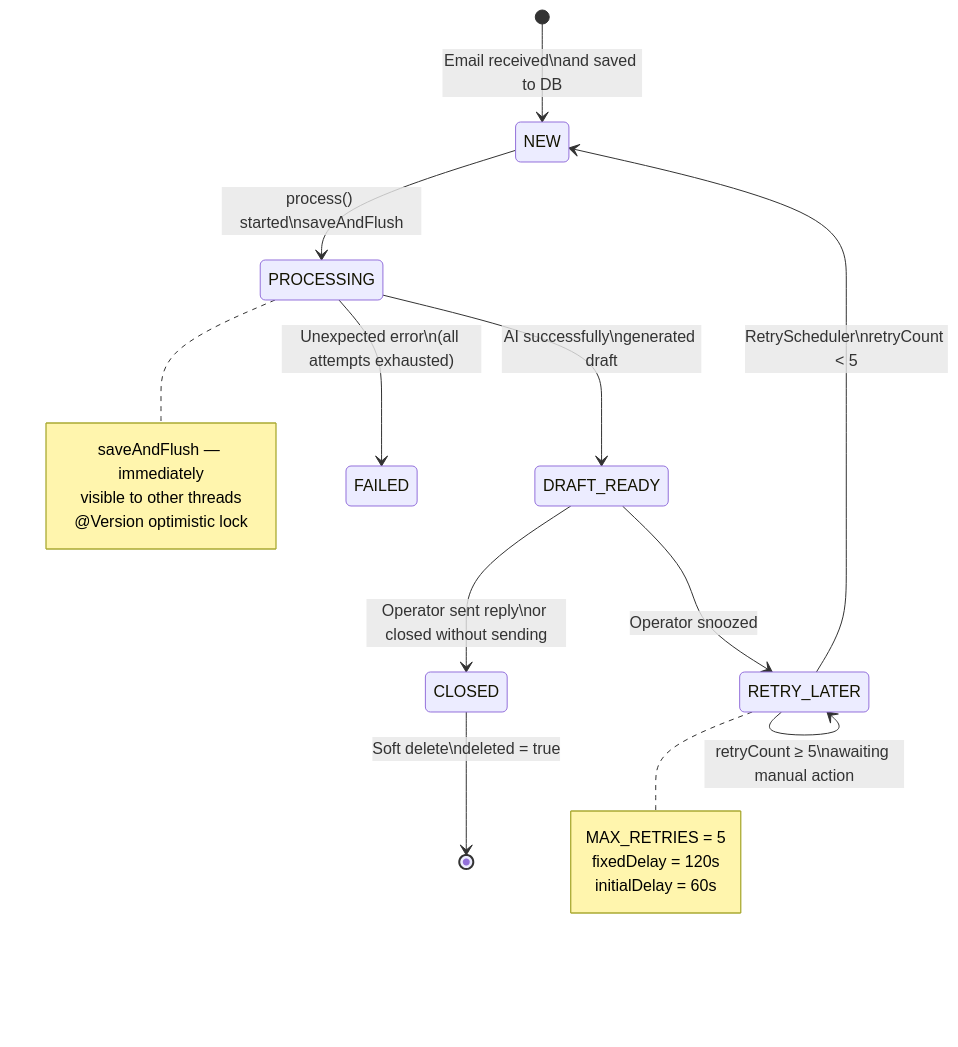
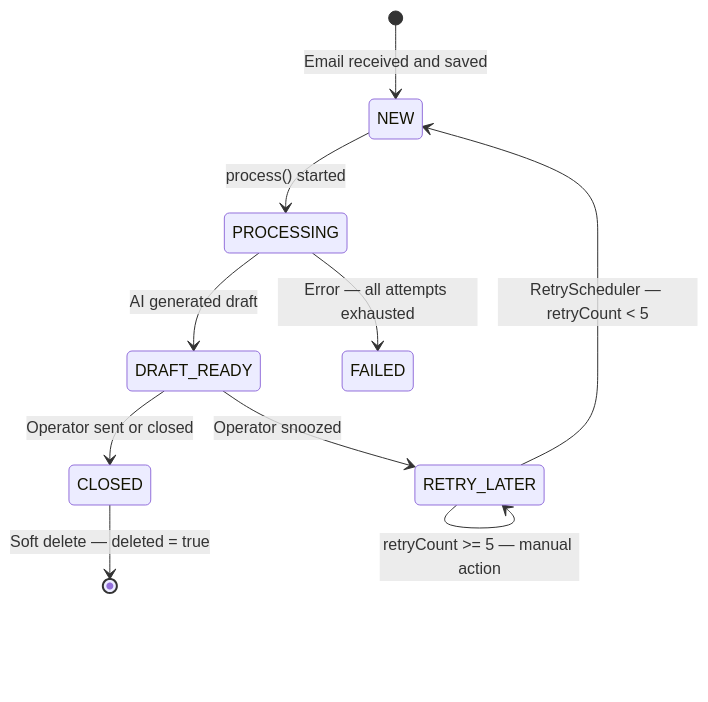
The third of 9 diagrams in docs/ARCHITECTURE_DIAGRAMS.md (olegskel7-wq/smart-freight-inbox), drawn with Mermaid before and after one commit. The commit also changed other lines of this file, not shown here.

First line of the commit message:
fix: fix Mermaid syntax errors in ARCHITECTURE_DIAGRAMS.md

````diff
--- a/docs/ARCHITECTURE_DIAGRAMS.md
+++ b/docs/ARCHITECTURE_DIAGRAMS.md
@@ -139,32 +126,17 @@
 ```mermaid
 stateDiagram-v2
-    [*] --> NEW : Email received\nand saved to DB
+    [*] --> NEW : Email received and saved
 
-    NEW --> PROCESSING : process() started\nsaveAndFlush
+    NEW --> PROCESSING : process() started
 
-    PROCESSING --> DRAFT_READY : AI successfully\ngenerated draft
+    PROCESSING --> DRAFT_READY : AI generated draft
+    PROCESSING --> FAILED : Error — all attempts exhausted
 
-    PROCESSING --> FAILED : Unexpected error\n(all attempts exhausted)
-
-    DRAFT_READY --> CLOSED : Operator sent reply\nor closed without sending
-
+    DRAFT_READY --> CLOSED : Operator sent or closed
     DRAFT_READY --> RETRY_LATER : Operator snoozed
 
-    RETRY_LATER --> NEW : RetryScheduler\nretryCount < 5
+    RETRY_LATER --> NEW : RetryScheduler — retryCount < 5
+    RETRY_LATER --> RETRY_LATER : retryCount >= 5 — manual action
 
-    RETRY_LATER --> RETRY_LATER : retryCount ≥ 5\nawaiting manual action
-
-    CLOSED --> [*] : Soft delete\ndeleted = true
-
-    note right of PROCESSING
-        saveAndFlush — immediately
-        visible to other threads
-        @Version optimistic lock
-    end note
-
-    note right of RETRY_LATER
-        MAX_RETRIES = 5
-        fixedDelay = 120s
-        initialDelay = 60s
-    end note
+    CLOSED --> [*] : Soft delete — deleted = true
 ```
````
